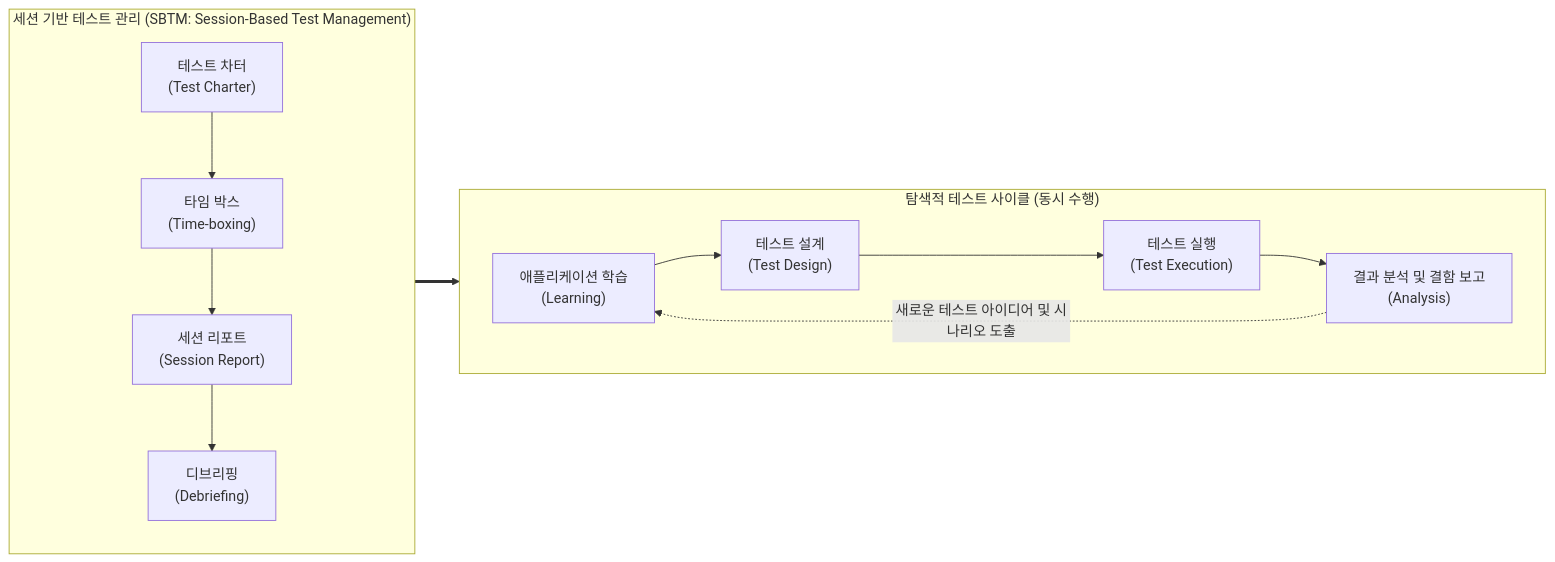
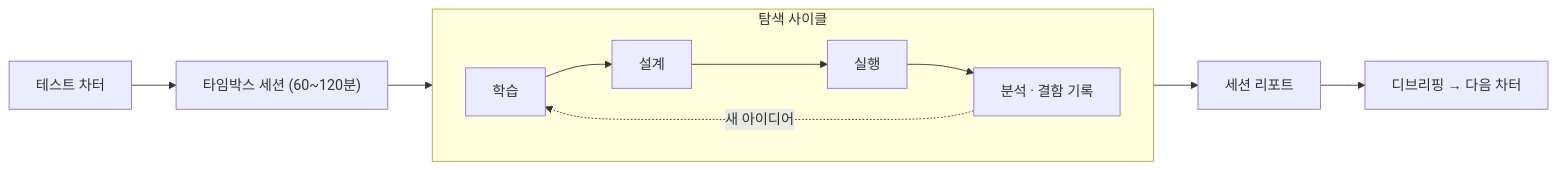
Before and after one commit to supremethumb/supremethumb.github.io: the diagram in content/01_IT Tech/탐색적 테스트.md, drawn with Mermaid. The commit also changed other lines of this file and 1087 other files, not shown here.

````diff
--- a/content/01_IT Tech/탐색적 테스트.md
+++ b/content/01_IT Tech/탐색적 테스트.md
@@ -23,26 +35,12 @@
 ```mermaid
 flowchart LR
-    subgraph SBTM["세션 기반 테스트 관리 (SBTM: Session-Based Test Management)"]
-        direction TB
-        Charter["테스트 차터<br/>(Test Charter)"]
-        TimeBox["타임 박스<br/>(Time-boxing)"]
-        Report["세션 리포트<br/>(Session Report)"]
-        Debrief["디브리핑<br/>(Debriefing)"]
-        
-        Charter --> TimeBox --> Report --> Debrief
+    CH["테스트 차터"] --> TB["타임박스 세션 (60~120분)"]
+    subgraph CY ["탐색 사이클"]
+        direction LR
+        L["학습"] --> D["설계"] --> E["실행"] --> A["분석 · 결함 기록"]
+        A -. "새 아이디어" .-> L
     end
-
-    subgraph Exploratory_Cycle["탐색적 테스트 사이클 (동시 수행)"]
-        direction LR
-        Learn["애플리케이션 학습<br/>(Learning)"]
-        Design["테스트 설계<br/>(Test Design)"]
-        Execute["테스트 실행<br/>(Test Execution)"]
-        Analyze["결과 분석 및 결함 보고<br/>(Analysis)"]
-        
-        Learn --> Design --> Execute --> Analyze
-        Analyze -. "새로운 테스트 아이디어 및 시나리오 도출" .-> Learn
-    end
-    
-    TimeBox ==> Exploratory_Cycle
-
+    TB --> CY
+    CY --> SR["세션 리포트"]
+    SR --> DB["디브리핑 → 다음 차터"]
 ```
````
